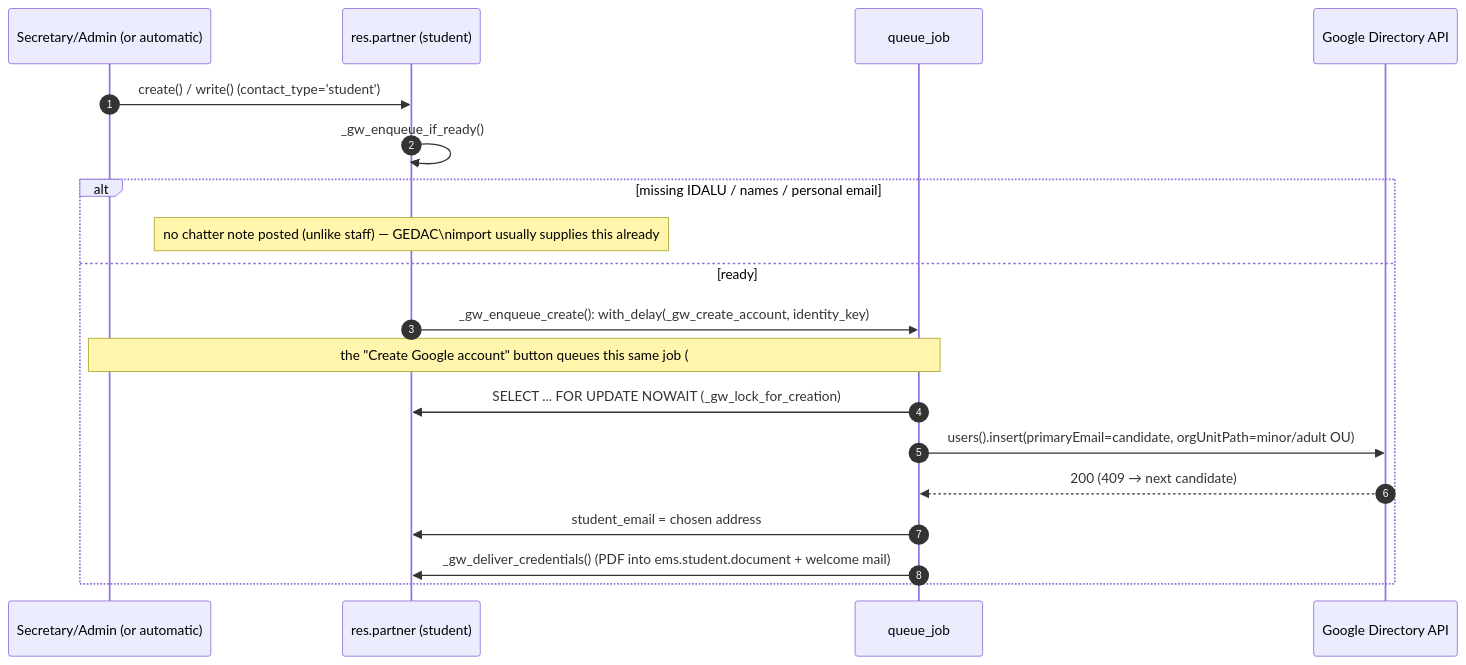
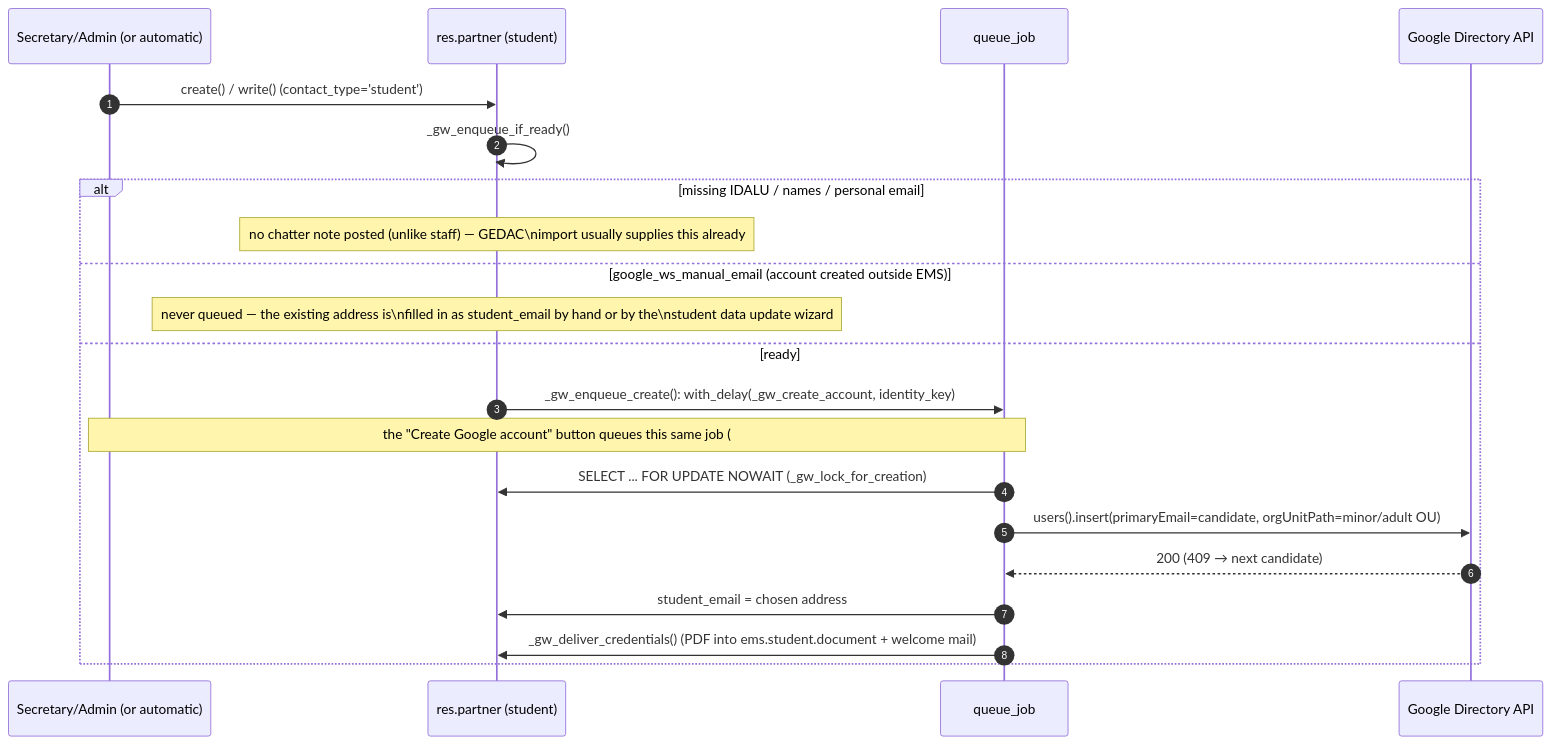
One commit to ElPuig/EMS changed the first of 6 diagrams in docs/en/developers/contacts/google_workspace_student.md. Above: the diagram before and after it, drawn with Mermaid. The commit also changed other lines of this file and 21 other files, not shown here.

Commit message:
Esfera student import: data-quality fixes, optional Google account creation and progress overlay (Closes #603)

````diff
--- a/docs/en/developers/contacts/google_workspace_student.md
+++ b/docs/en/developers/contacts/google_workspace_student.md
@@ -20,22 +20,24 @@
 ```mermaid
 sequenceDiagram
     autonumber
     participant U as Secretary/Admin (or automatic)
     participant P as res.partner (student)
     participant Q as queue_job
     participant G as Google Directory API
 
     U->>P: create() / write() (contact_type='student')
     P->>P: _gw_enqueue_if_ready()
     alt missing IDALU / names / personal email
         Note over P: no chatter note posted (unlike staff) — GEDAC\nimport usually supplies this already
+    else google_ws_manual_email (account created outside EMS)
+        Note over P: never queued — the existing address is\nfilled in as student_email by hand or by the\nstudent data update wizard
     else ready
         P->>Q: _gw_enqueue_create(): with_delay(_gw_create_account, identity_key)
         Note over U,Q: the "Create Google account" button queues this same job (#582)
         Q->>P: SELECT ... FOR UPDATE NOWAIT (_gw_lock_for_creation)
         Q->>G: users().insert(primaryEmail=candidate, orgUnitPath=minor/adult OU)
         G-->>Q: 200 (409 → next candidate)
         Q->>P: student_email = chosen address
         Q->>P: _gw_deliver_credentials() (PDF into ems.student.document + welcome mail)
     end
 ```
````
